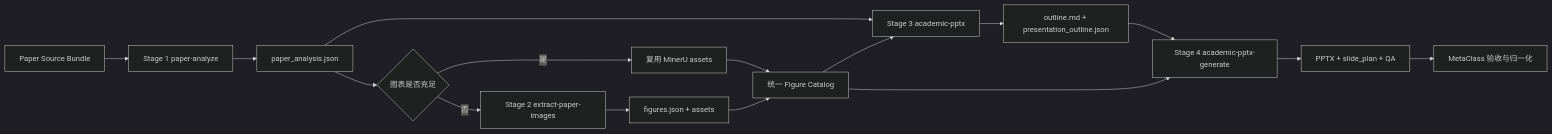
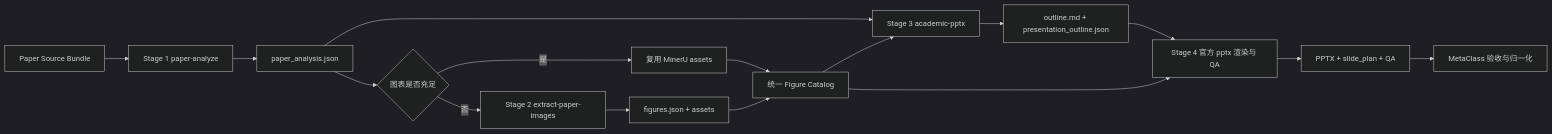
The second of 4 diagrams in docs/paper-teaching-mode-design.md (mirror-onwall/MetaClass), drawn with Mermaid (dark theme) before and after one commit. The commit also changed other lines of this file and 100 other files, not shown here.

````diff
--- a/docs/paper-teaching-mode-design.md
+++ b/docs/paper-teaching-mode-design.md
@@ -442,18 +442,18 @@
 ```mermaid
 flowchart LR
     SRC["Paper Source Bundle"] --> A["Stage 1 paper-analyze"]
     A --> AJ["paper_analysis.json"]
     AJ --> G{"图表是否充足"}
     G -->|"否"| E["Stage 2 extract-paper-images"]
     G -->|"是"| FJ["复用 MinerU assets"]
     E --> FJ2["figures.json + assets"]
     FJ --> P["统一 Figure Catalog"]
     FJ2 --> P
     AJ --> O["Stage 3 academic-pptx"]
     P --> O
     O --> OL["outline.md + presentation_outline.json"]
-    OL --> R["Stage 4 academic-pptx-generate"]
+    OL --> R["Stage 4 官方 pptx 渲染与 QA"]
     P --> R
     R --> PPT["PPTX + slide_plan + QA"]
     PPT --> V["MetaClass 验收与归一化"]
 ```
````
